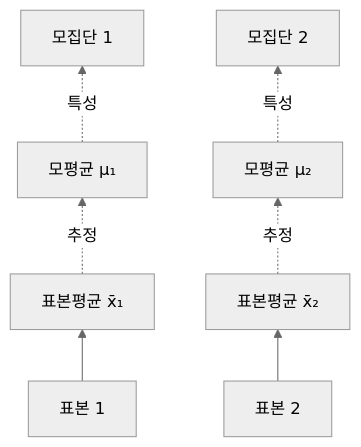
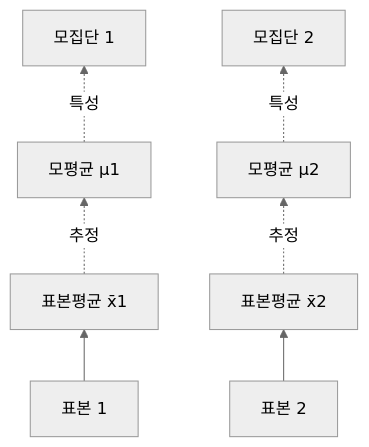
Before and after one commit to Choroning/25Fall_Probability-and-Statistics: the third of 5 diagrams in Lecture-Notes/Lec06_Hypothesis-Testing/Concepts_Lecture.ko.md, drawn with Mermaid (neutral theme). The commit also changed other lines of this file and 15 other files, not shown here.

````diff
--- a/Lecture-Notes/Lec06_Hypothesis-Testing/Concepts_Lecture.ko.md
+++ b/Lecture-Notes/Lec06_Hypothesis-Testing/Concepts_Lecture.ko.md
@@ -619,9 +623,9 @@
 ```mermaid
 graph BT
-    S1["표본 1"] --> X1["표본평균 x̄₁"]
-    S2["표본 2"] --> X2["표본평균 x̄₂"]
-    X1 -.->|"추정"| M1["모평균 μ₁"]
-    X2 -.->|"추정"| M2["모평균 μ₂"]
+    S1["표본 1"] --> X1["표본평균 x̄1"]
+    S2["표본 2"] --> X2["표본평균 x̄2"]
+    X1 -.->|"추정"| M1["모평균 μ1"]
+    X2 -.->|"추정"| M2["모평균 μ2"]
     M1 -.->|"특성"| P1["모집단 1"]
     M2 -.->|"특성"| P2["모집단 2"]
 ```
````
